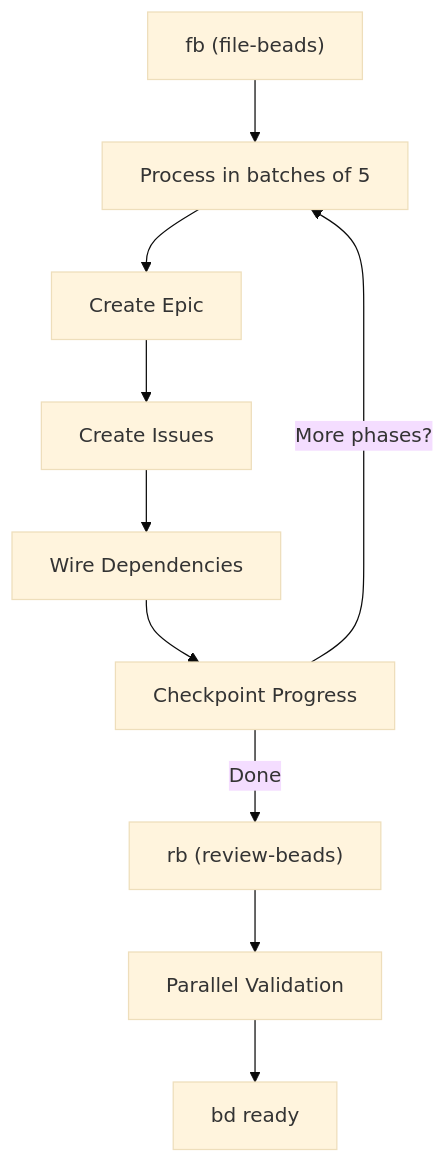
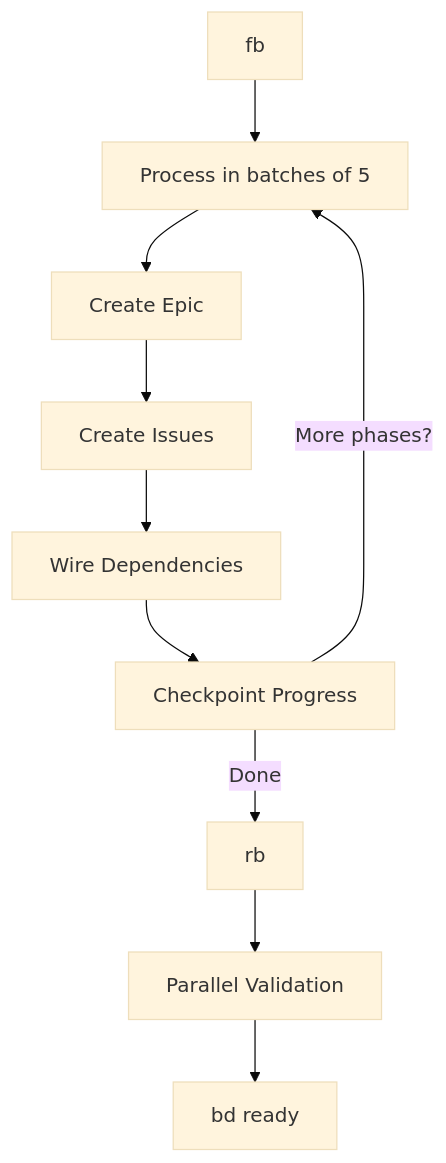
One commit to ReinaMacCredy/maestro changed the fourth of 10 diagrams in docs/PIPELINE_ARCHITECTURE.md. Above: the diagram before and after it, drawn with Mermaid (base theme). The commit also changed other lines of this file and 31 other files, not shown here.

First line of the commit message:
refactor(beads): consolidate beads, file-beads, review-beads into unified skill + workflow

````diff
--- a/docs/PIPELINE_ARCHITECTURE.md
+++ b/docs/PIPELINE_ARCHITECTURE.md
@@ -228,12 +228,12 @@
 ```mermaid
 flowchart TB
-    FB["fb (file-beads)"] --> BATCH["Process in batches of 5"]
+    FB["fb"] --> BATCH["Process in batches of 5"]
     BATCH --> EPIC["Create Epic"]
     EPIC --> ISSUES["Create Issues"]
     ISSUES --> DEPS["Wire Dependencies"]
     DEPS --> CHECKPOINT["Checkpoint Progress"]
     CHECKPOINT -->|"More phases?"| BATCH
-    CHECKPOINT -->|"Done"| RB["rb (review-beads)"]
+    CHECKPOINT -->|"Done"| RB["rb"]
     RB --> VALIDATE["Parallel Validation"]
     VALIDATE --> READY["bd ready"]
 ```
````
